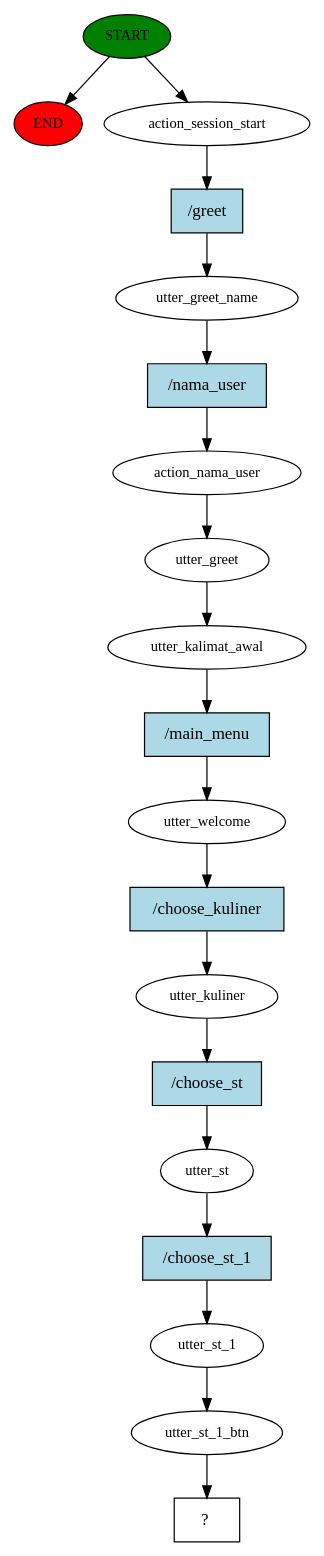
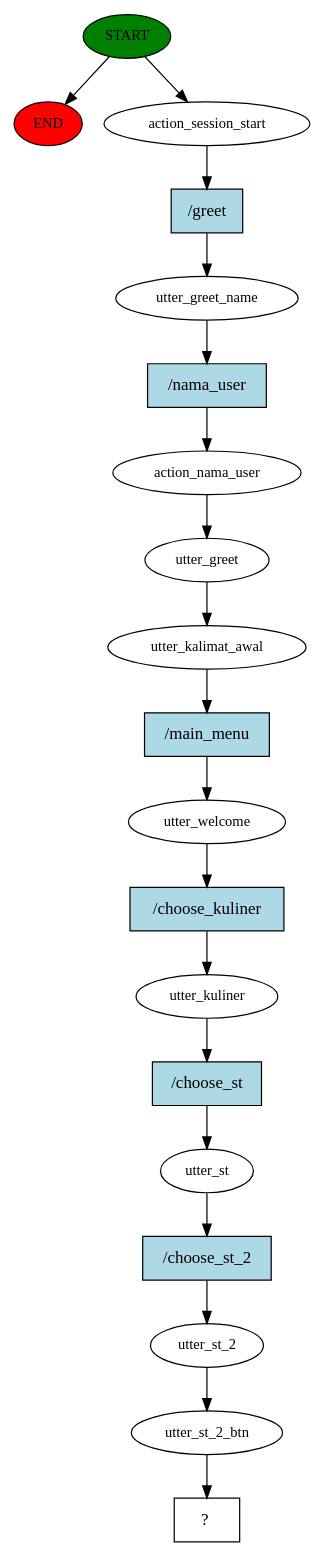
One commit to Metric-AI-Team/Chatbot_UlinYuk_RASA changed the diagram in story_graph.dot. Above: the diagram before and after it, drawn with Graphviz. The commit also changed 88 other files, not shown here.

```diff
--- a/story_graph.dot
+++ b/story_graph.dot
@@ -1,39 +1,39 @@
 digraph  {
 0 [class="start active", fillcolor=green, fontsize=12, label=START, style=filled];
 "-1" [class=end, fillcolor=red, fontsize=12, label=END, style=filled];
 1 [class=active, fontsize=12, label=action_session_start];
 2 [class=active, fontsize=12, label=utter_greet_name];
 3 [class=active, fontsize=12, label=action_nama_user];
 4 [class=active, fontsize=12, label=utter_greet];
 5 [class=active, fontsize=12, label=utter_kalimat_awal];
 6 [class=active, fontsize=12, label=utter_welcome];
 7 [class=active, fontsize=12, label=utter_kuliner];
 8 [class=active, fontsize=12, label=utter_st];
-9 [class=active, fontsize=12, label=utter_st_1];
-10 [class=active, fontsize=12, label=utter_st_1_btn];
+9 [class=active, fontsize=12, label=utter_st_2];
+10 [class=active, fontsize=12, label=utter_st_2_btn];
 11 [class="intent dashed active", label="  ?  ", shape=rect];
 12 [class="intent active", fillcolor=lightblue, label="/greet", shape=rect, style=filled];
 13 [class="intent active", fillcolor=lightblue, label="/nama_user", shape=rect, style=filled];
 14 [class="intent active", fillcolor=lightblue, label="/main_menu", shape=rect, style=filled];
 15 [class="intent active", fillcolor=lightblue, label="/choose_kuliner", shape=rect, style=filled];
 16 [class="intent active", fillcolor=lightblue, label="/choose_st", shape=rect, style=filled];
-17 [class="intent active", fillcolor=lightblue, label="/choose_st_1", shape=rect, style=filled];
+17 [class="intent active", fillcolor=lightblue, label="/choose_st_2", shape=rect, style=filled];
 0 -> "-1"  [class="", key=NONE, label=""];
 0 -> 1  [class=active, key=NONE, label=""];
 1 -> 12  [class=active, key=0];
 2 -> 13  [class=active, key=0];
 3 -> 4  [class=active, key=NONE, label=""];
 4 -> 5  [class=active, key=NONE, label=""];
 5 -> 14  [class=active, key=0];
 6 -> 15  [class=active, key=0];
 7 -> 16  [class=active, key=0];
 8 -> 17  [class=active, key=0];
 9 -> 10  [class=active, key=NONE, label=""];
 10 -> 11  [class=active, key=NONE, label=""];
 12 -> 2  [class=active, key=0];
 13 -> 3  [class=active, key=0];
 14 -> 6  [class=active, key=0];
 15 -> 7  [class=active, key=0];
 16 -> 8  [class=active, key=0];
 17 -> 9  [class=active, key=0];
 }
```
